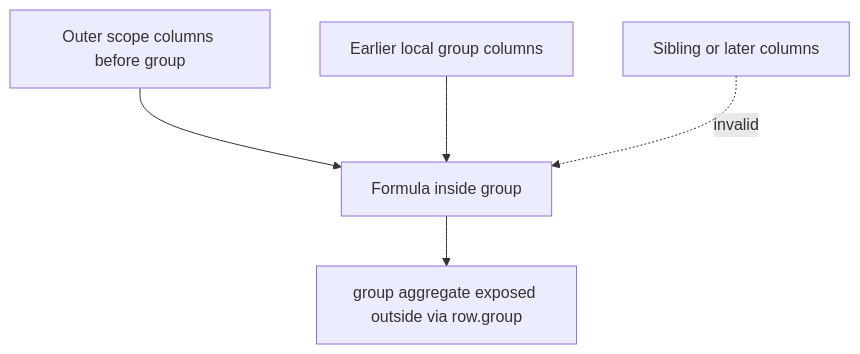
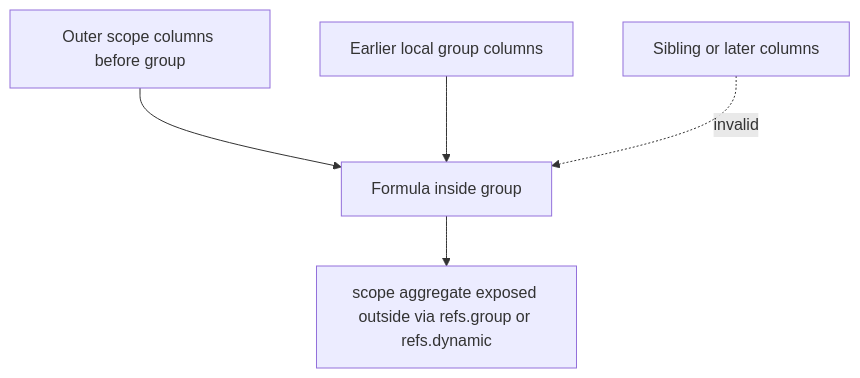
Before and after one commit to ChronicStone/typed-xlsx: the second of 3 diagrams in apps/docs/content/4.formulas/5.scope-and-modes.md, drawn with Mermaid. The commit also changed other lines of this file and 24 other files, not shown here.

````diff
--- a/apps/docs/content/4.formulas/5.scope-and-modes.md
+++ b/apps/docs/content/4.formulas/5.scope-and-modes.md
@@ -84,7 +84,7 @@
 ```mermaid
 flowchart TD
   A[Outer scope columns before group] --> D[Formula inside group]
   B[Earlier local group columns] --> D
-  D --> E[group aggregate exposed outside via row.group]
+  D --> E[scope aggregate exposed outside via refs.group or refs.dynamic]
   C[Sibling or later columns] -. invalid .-> D
 ```
````
